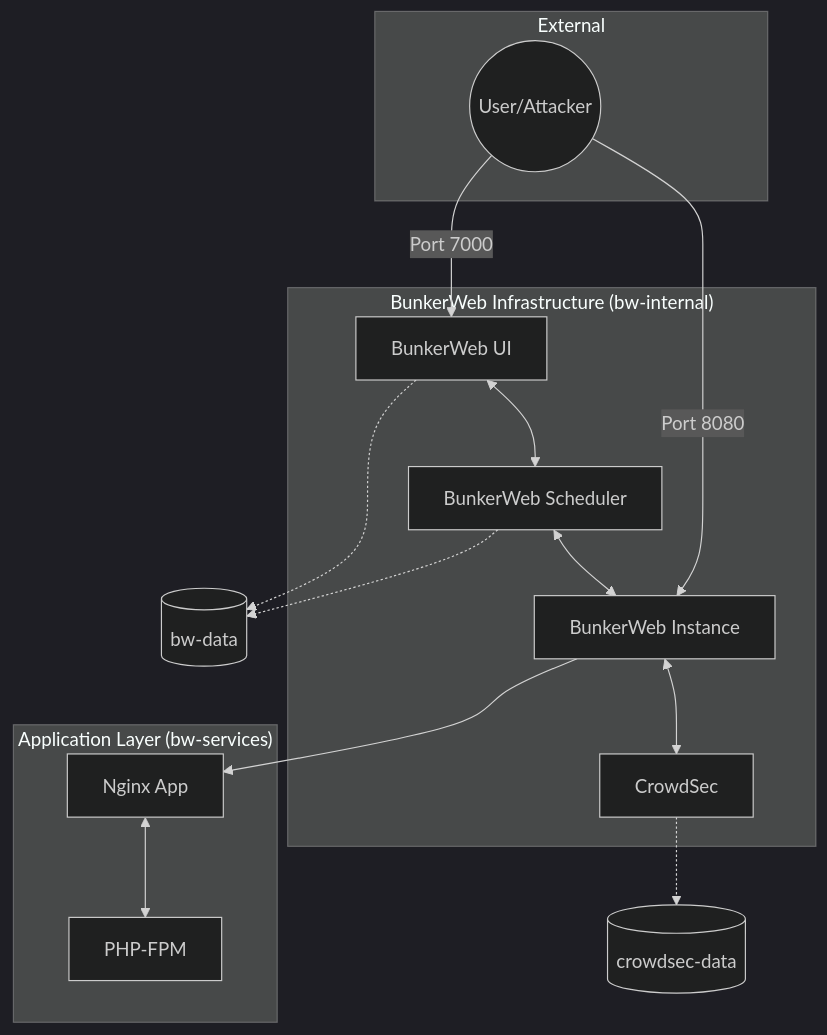
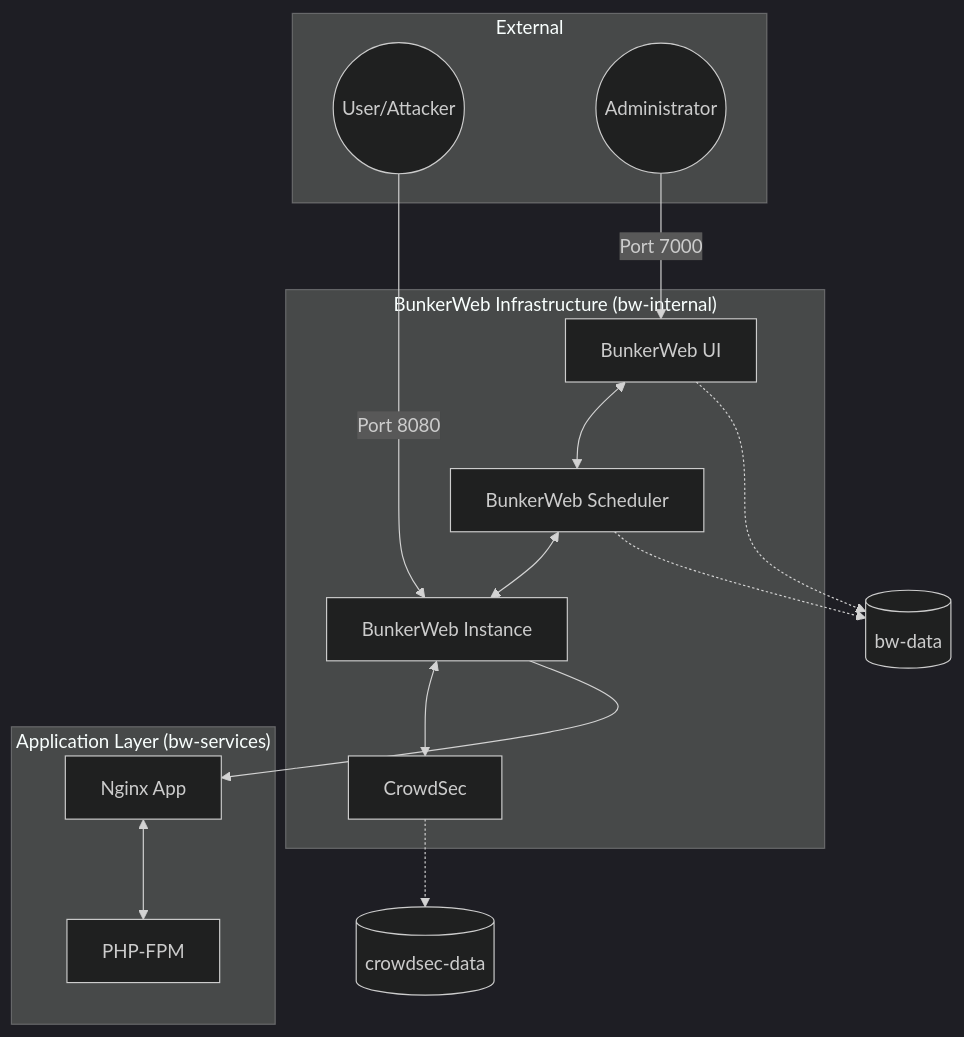
One commit to pulipulichen/demo-BunkerWeb changed the diagram in README.md. Above: the diagram before and after it, drawn with Mermaid (dark theme).

Commit message:
管理者

````diff
--- a/README.md
+++ b/README.md
@@ -15,36 +15,37 @@
 ```mermaid
 graph TD
     subgraph External
         User((User/Attacker))
+        Admin((Administrator))
     end
 
     subgraph "BunkerWeb Infrastructure (bw-internal)"
         BW[BunkerWeb Instance]
         BWS[BunkerWeb Scheduler]
         BWUI[BunkerWeb UI]
         CS[CrowdSec]
         
         BWS <--> BW
         BWUI <--> BWS
         BW <--> CS
     end
 
     subgraph "Application Layer (bw-services)"
         APP[Nginx App]
         PHP[PHP-FPM]
         
         BW --> APP
         APP <--> PHP
     end
 
     User -- "Port 8080" --> BW
-    User -- "Port 7000" --> BWUI
+    Admin -- "Port 7000" --> BWUI
     
     %% Volumes
     BW-DATA[(bw-data)]
     CS-DATA[(crowdsec-data)]
     
     BWS -.-> BW-DATA
     BWUI -.-> BW-DATA
     CS -.-> CS-DATA
 ```
````
